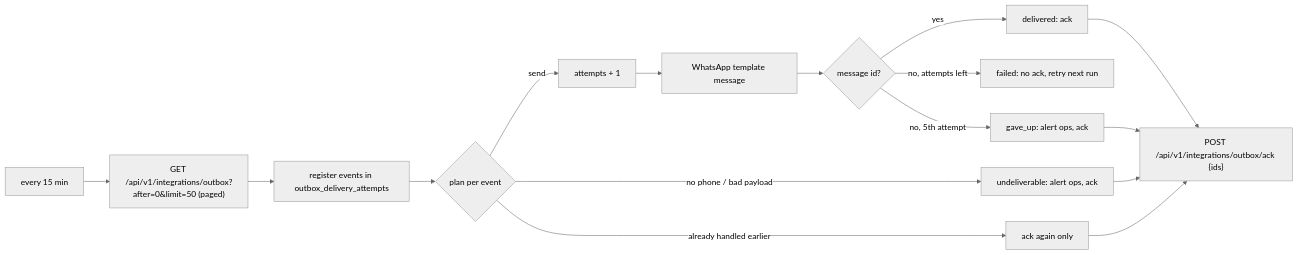
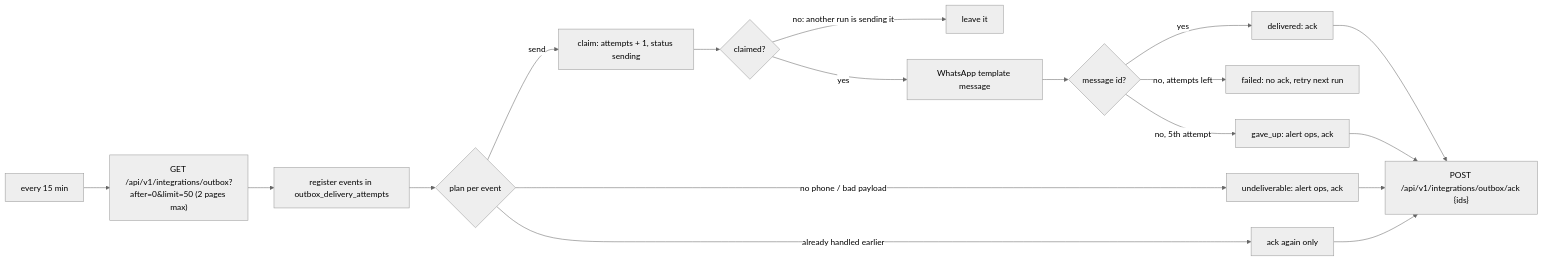
One commit to okaadabi-lab/omnichannel-inbox-automation changed the third of 3 diagrams in README.md. Above: the diagram before and after it, drawn with Mermaid (neutral theme). The commit also changed other lines of this file and 9 other files, not shown here.

First line of the commit message:
Claim each payroll event before sending so overlapping runs cannot double-send

````diff
--- a/README.md
+++ b/README.md
@@ -79,14 +79,16 @@
 ```mermaid
 flowchart LR
-  T["every 15 min"] --> GET["GET /api/v1/integrations/outbox?after=0&limit=50 (paged)"] --> REG["register events in outbox_delivery_attempts"] --> PLAN{"plan per event"}
-  PLAN -- send --> CNT["attempts + 1"] --> WA["WhatsApp template message"] --> EVAL{"message id?"}
+  T["every 15 min"] --> GET["GET /api/v1/integrations/outbox?after=0&limit=50 (2 pages max)"] --> REG["register events in outbox_delivery_attempts"] --> PLAN{"plan per event"}
+  PLAN -- send --> CLAIM["claim: attempts + 1, status sending"] --> OWN{"claimed?"}
+  OWN -- "no: another run is sending it" --> LEAVE["leave it"]
+  OWN -- yes --> WA["WhatsApp template message"] --> EVAL{"message id?"}
   EVAL -- yes --> DEL["delivered: ack"]
   EVAL -- "no, attempts left" --> FAIL["failed: no ack, retry next run"]
   EVAL -- "no, 5th attempt" --> GIVE["gave_up: alert ops, ack"]
   PLAN -- "no phone / bad payload" --> UND["undeliverable: alert ops, ack"]
   PLAN -- "already handled earlier" --> RE["ack again only"]
   DEL --> ACK["POST /api/v1/integrations/outbox/ack {ids}"]
   GIVE --> ACK
   UND --> ACK
   RE --> ACK
 ```
````
